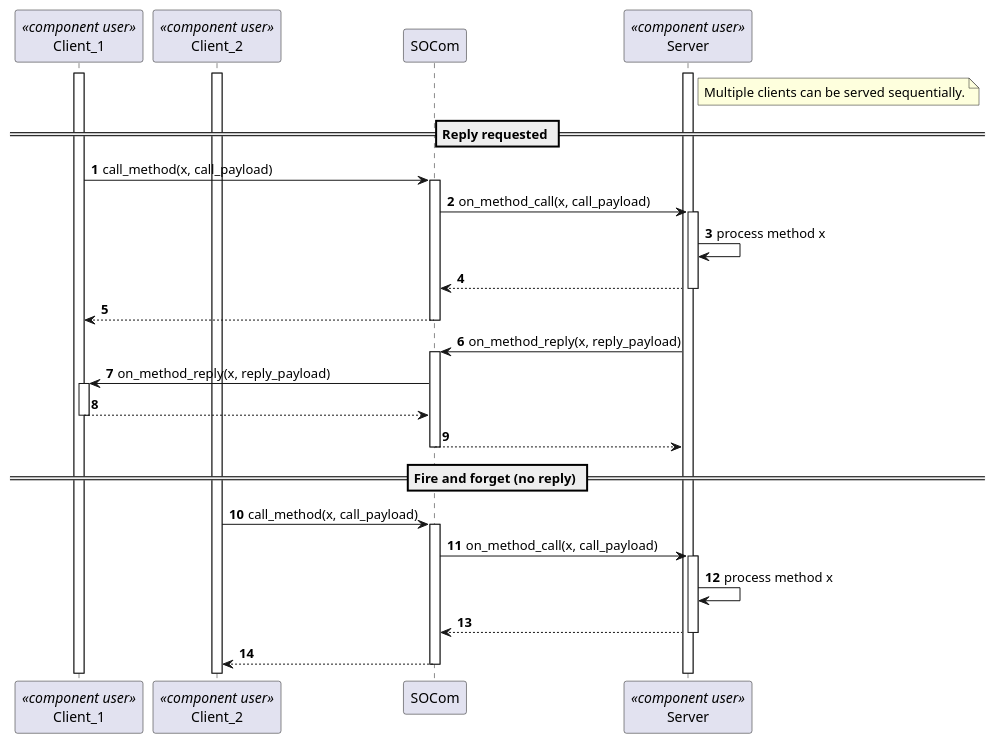
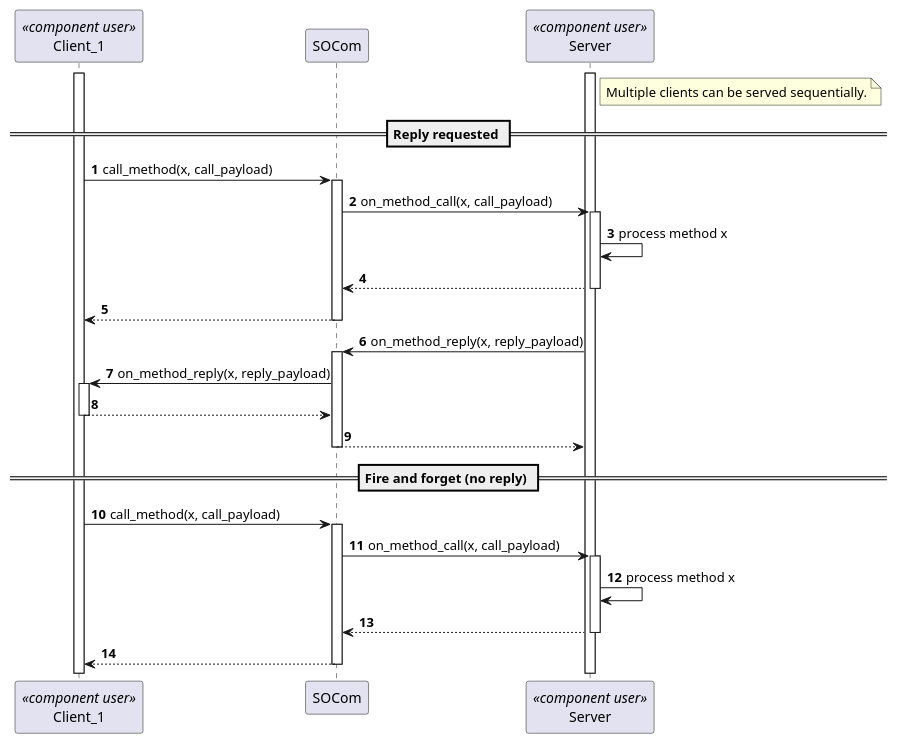
The diagram in src/socom/doc/design/models/interaction_diagram_method_communication.puml (eclipse-score/inc_someip_gateway), drawn with PlantUML before and after one commit. The commit also changed 3 other files, not shown here.

Commit message:
remove multi client support from sequence diagrams and documents

```diff
--- a/src/socom/doc/design/models/interaction_diagram_method_communication.puml
+++ b/src/socom/doc/design/models/interaction_diagram_method_communication.puml
@@ -14,44 +14,42 @@
 @startuml
 participant Client_1 <<component user>>
-participant Client_2 <<component user>>
 participant SOCom
 participant Server <<component user>>
 autonumber
 activate Server
 activate Client_1
-activate Client_2
 
 note right of Server
     Multiple clients can be served sequentially.
 end note
 
 == Reply requested ==
 
 Client_1 -> SOCom : call_method(x, call_payload)
 
 activate SOCom
 SOCom -> Server : on_method_call(x, call_payload)
 activate Server
 Server -> Server : process method x
 return
 return
 
 Server -> SOCom : on_method_reply(x, reply_payload)
 activate SOCom
 SOCom -> Client_1 : on_method_reply(x, reply_payload)
 activate Client_1
 return
 SOCom --> Server
 
 deactivate SOCom
 == Fire and forget (no reply) ==
-Client_2 -> SOCom : call_method(x, call_payload)
+Client_1 -> SOCom : call_method(x, call_payload)
 activate SOCom
 
 SOCom -> Server : on_method_call(x, call_payload)
 activate Server
 
 Server -> Server : process method x
 return
 return
 @enduml
```
